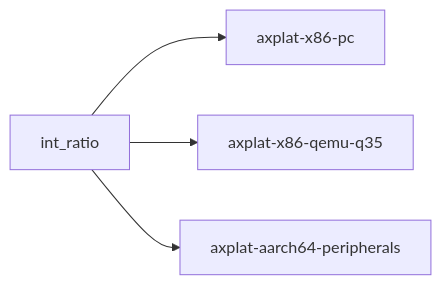
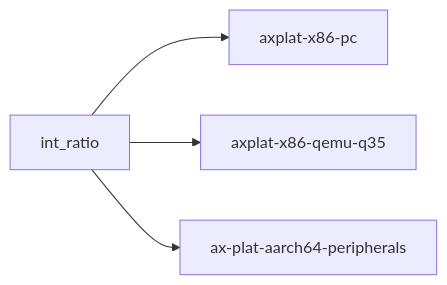
Before and after one commit to zKurisu/tgoskits: the diagram in docs/crates/int_ratio.md, drawn with Mermaid. The commit also changed other lines of this file and 39 other files, not shown here.

Commit message:
rename axplat-aarch64-peripherals to ax-plat-aarch64-peripherals

````diff
--- a/docs/crates/int_ratio.md
+++ b/docs/crates/int_ratio.md
@@ -64,6 +64,6 @@
 ```mermaid
 graph LR
     int_ratio["int_ratio"] --> x86pc["axplat-x86-pc"]
     int_ratio --> x86q35["axplat-x86-qemu-q35"]
-    int_ratio --> aarch64["axplat-aarch64-peripherals"]
+    int_ratio --> aarch64["ax-plat-aarch64-peripherals"]
 ```
````
